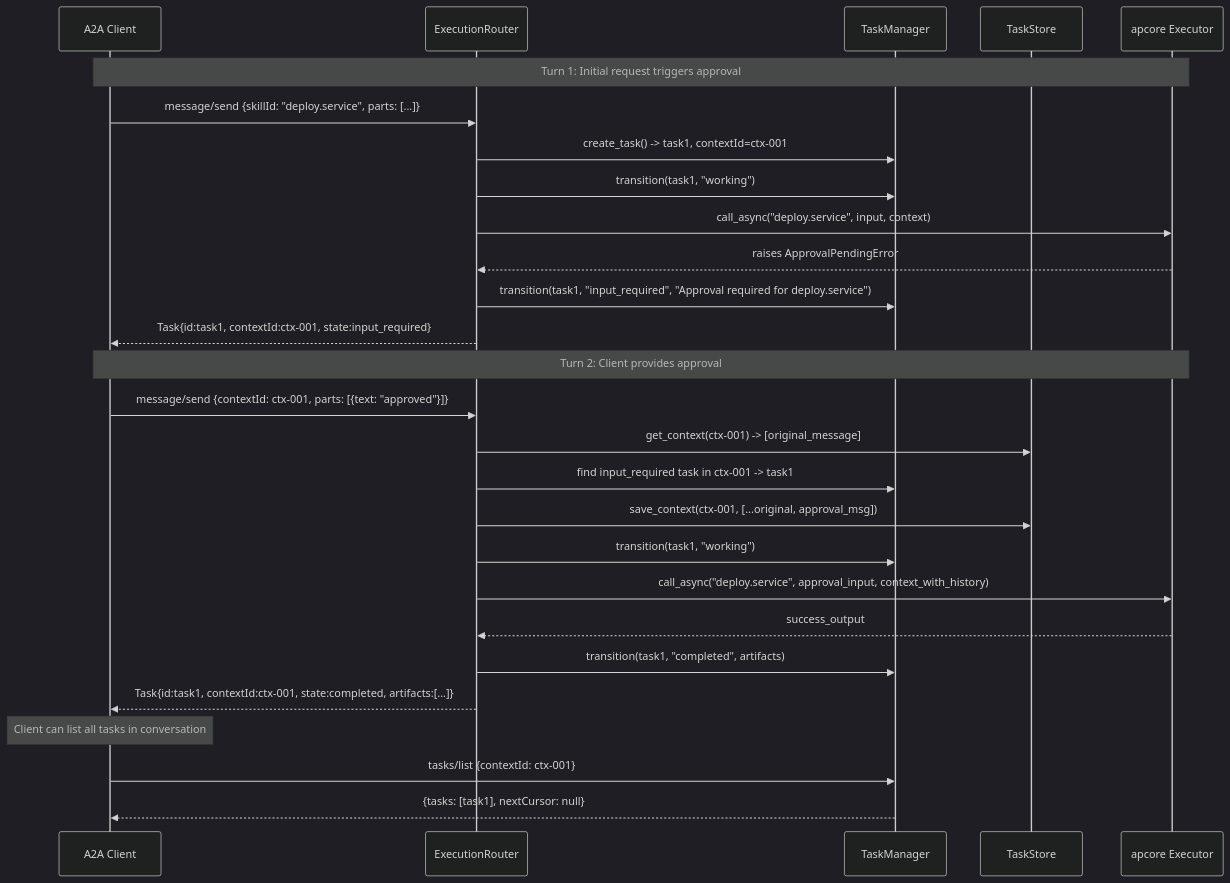
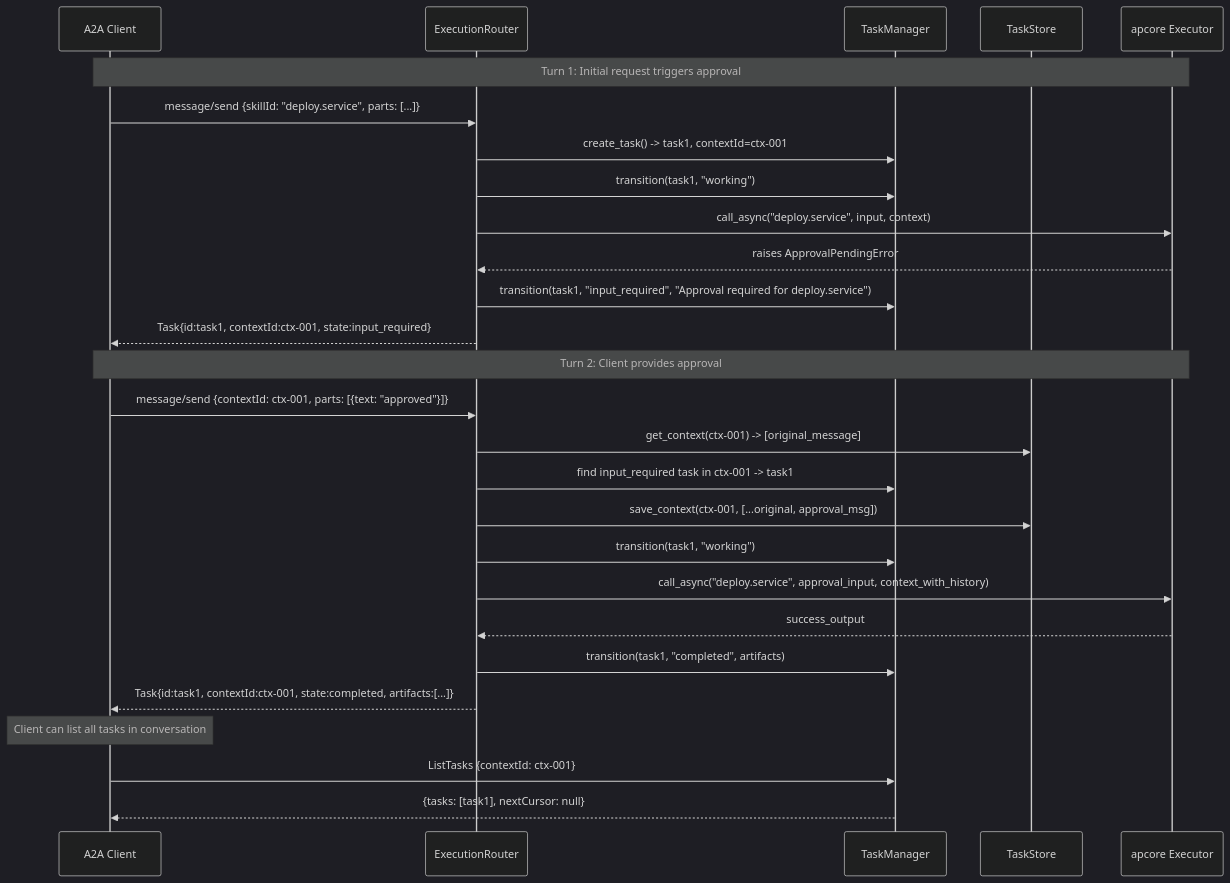
The seventh of 10 diagrams in docs/spec/tech-design.md (aiperceivable/apcore-a2a), drawn with Mermaid (dark theme) before and after one commit. The commit also changed other lines of this file and 11 other files, not shown here.

````diff
--- a/docs/spec/tech-design.md
+++ b/docs/spec/tech-design.md
@@ -2528,35 +2525,35 @@
 ```mermaid
 sequenceDiagram
     participant Client as A2A Client
     participant Router as ExecutionRouter
     participant TaskMgr as TaskManager
     participant Store as TaskStore
     participant Executor as apcore Executor
 
     Note over Client,Executor: Turn 1: Initial request triggers approval
 
     Client->>Router: message/send {skillId: "deploy.service", parts: [...]}
     Router->>TaskMgr: create_task() -> task1, contextId=ctx-001
     Router->>TaskMgr: transition(task1, "working")
     Router->>Executor: call_async("deploy.service", input, context)
     Executor-->>Router: raises ApprovalPendingError
     Router->>TaskMgr: transition(task1, "input_required", "Approval required for deploy.service")
     Router-->>Client: Task{id:task1, contextId:ctx-001, state:input_required}
 
     Note over Client,Executor: Turn 2: Client provides approval
 
     Client->>Router: message/send {contextId: ctx-001, parts: [{text: "approved"}]}
     Router->>Store: get_context(ctx-001) -> [original_message]
     Router->>TaskMgr: find input_required task in ctx-001 -> task1
     Router->>Store: save_context(ctx-001, [...original, approval_msg])
     Router->>TaskMgr: transition(task1, "working")
     Router->>Executor: call_async("deploy.service", approval_input, context_with_history)
     Executor-->>Router: success_output
     Router->>TaskMgr: transition(task1, "completed", artifacts)
     Router-->>Client: Task{id:task1, contextId:ctx-001, state:completed, artifacts:[...]}
 
     Note over Client: Client can list all tasks in conversation
 
-    Client->>TaskMgr: tasks/list {contextId: ctx-001}
+    Client->>TaskMgr: ListTasks {contextId: ctx-001}
     TaskMgr-->>Client: {tasks: [task1], nextCursor: null}
 ```
````
